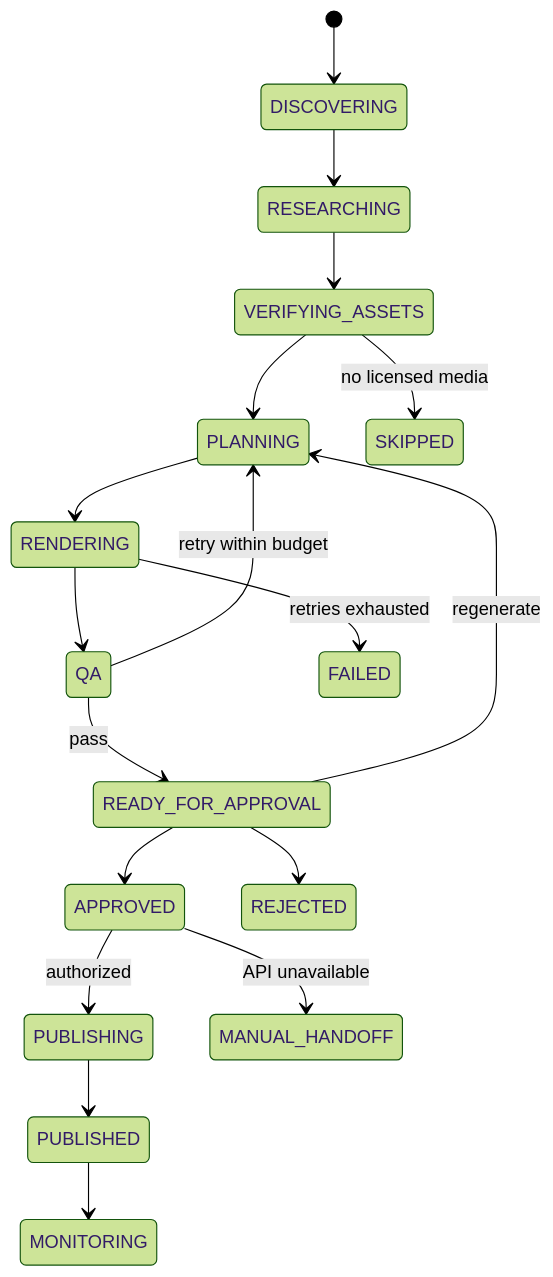
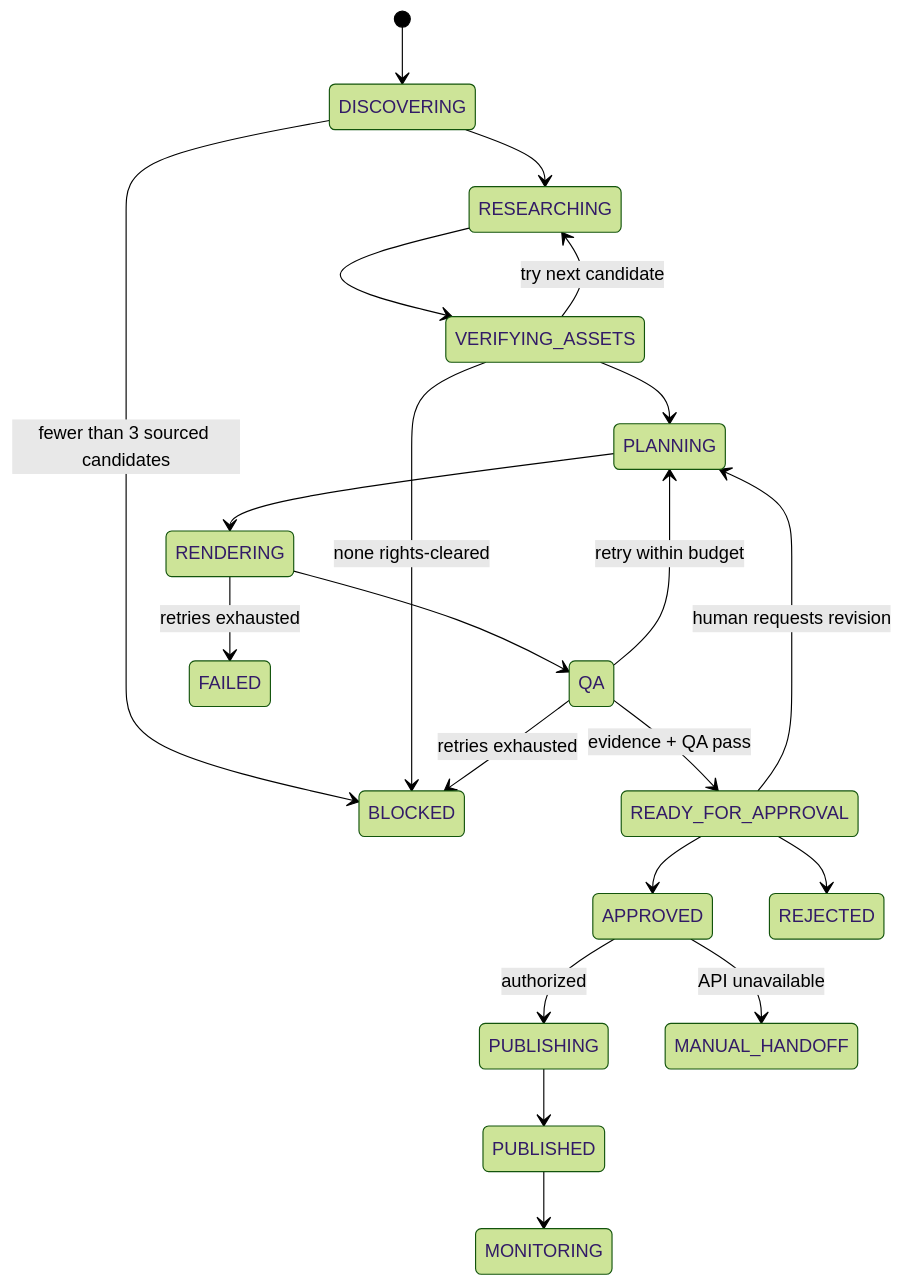
Before and after one commit to Sitthiphong-krobkrong/stp-aff-agent: the diagram in docs/03_AGENTS_AND_WORKFLOW.md, drawn with Mermaid (forest theme). The commit also changed other lines of this file and 7 other files, not shown here.

First line of the commit message:
docs: update README, workflow, roadmap and add review web plan

````diff
--- a/docs/03_AGENTS_AND_WORKFLOW.md
+++ b/docs/03_AGENTS_AND_WORKFLOW.md
@@ -17,20 +67,23 @@
 ```mermaid
 stateDiagram-v2
   [*] --> DISCOVERING
+  DISCOVERING --> BLOCKED: fewer than 3 sourced candidates
   DISCOVERING --> RESEARCHING
   RESEARCHING --> VERIFYING_ASSETS
+  VERIFYING_ASSETS --> RESEARCHING: try next candidate
+  VERIFYING_ASSETS --> BLOCKED: none rights-cleared
   VERIFYING_ASSETS --> PLANNING
   PLANNING --> RENDERING
   RENDERING --> QA
-  QA --> READY_FOR_APPROVAL: pass
+  QA --> READY_FOR_APPROVAL: evidence + QA pass
   QA --> PLANNING: retry within budget
+  QA --> BLOCKED: retries exhausted
   READY_FOR_APPROVAL --> APPROVED
   READY_FOR_APPROVAL --> REJECTED
-  READY_FOR_APPROVAL --> PLANNING: regenerate
+  READY_FOR_APPROVAL --> PLANNING: human requests revision
   APPROVED --> PUBLISHING: authorized
   APPROVED --> MANUAL_HANDOFF: API unavailable
   PUBLISHING --> PUBLISHED
   PUBLISHED --> MONITORING
-  VERIFYING_ASSETS --> SKIPPED: no licensed media
   RENDERING --> FAILED: retries exhausted
 ```
````
